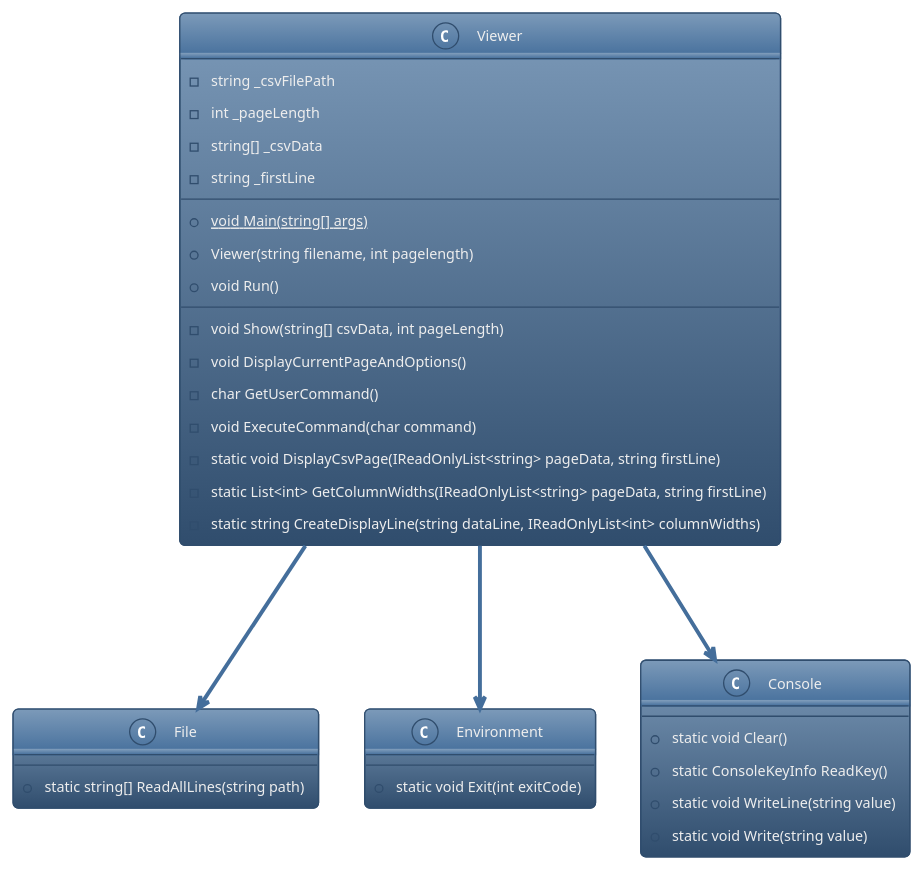
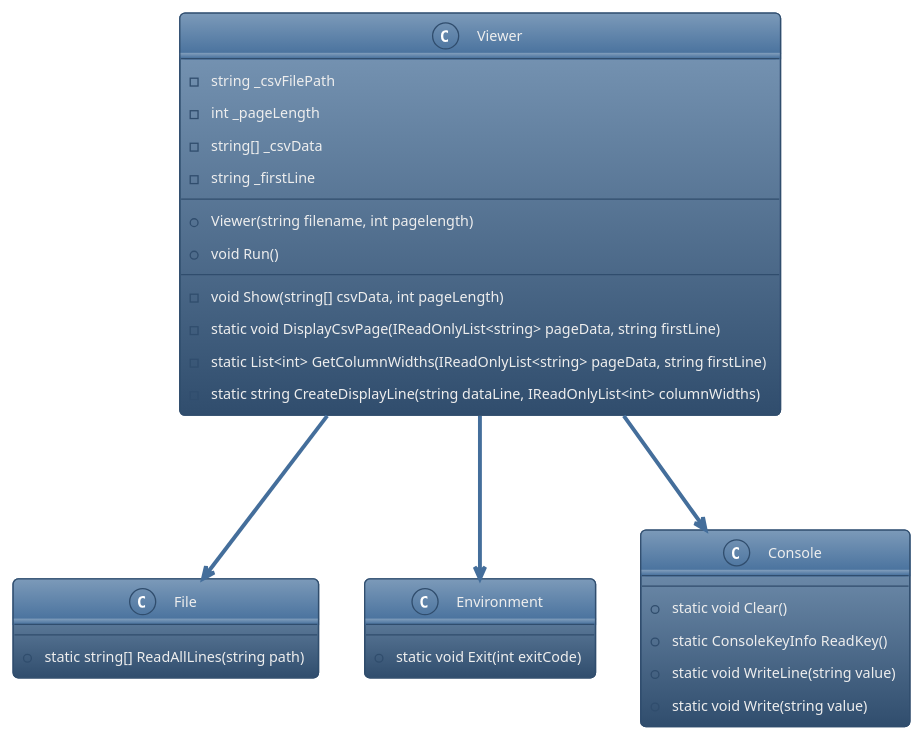
The diagram in CsvViewerConsole/Diagrams/code/ClassDiagram.plantuml (Dariocent/CsvViewerConsole), drawn with PlantUML before and after one commit. The commit also changed 2 other files, not shown here.

Commit message:
Updated ClassDiagram

```diff
--- a/CsvViewerConsole/Diagrams/code/ClassDiagram.plantuml
+++ b/CsvViewerConsole/Diagrams/code/ClassDiagram.plantuml
@@ -1,41 +1,37 @@
 @startuml
 !theme spacelab
 
 class Viewer {
   -string _csvFilePath
   -int _pageLength
   -string[] _csvData
   -string _firstLine
   --
-  +{static} void Main(string[] args)
   +Viewer(string filename, int pagelength)
   +void Run()
   --
   -void Show(string[] csvData, int pageLength)
-  -void DisplayCurrentPageAndOptions()
-  -char GetUserCommand()
-  -void ExecuteCommand(char command)
   -static void DisplayCsvPage(IReadOnlyList<string> pageData, string firstLine)
   -static List<int> GetColumnWidths(IReadOnlyList<string> pageData, string firstLine)
   -static string CreateDisplayLine(string dataLine, IReadOnlyList<int> columnWidths)
 }
 
 class File {
   +static string[] ReadAllLines(string path)
 }
 
 class Environment {
   +static void Exit(int exitCode)
 }
 
 class Console {
   +static void Clear()
   +static ConsoleKeyInfo ReadKey()
   +static void WriteLine(string value)
   +static void Write(string value)
 }
 
 Viewer --> File : Reads CSV
 Viewer --> Environment : Exits program
 Viewer --> Console : User I/O
 @enduml
```
